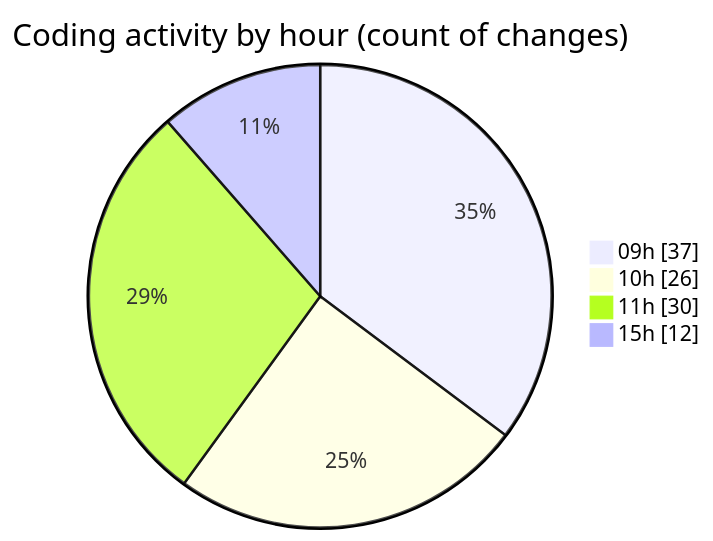
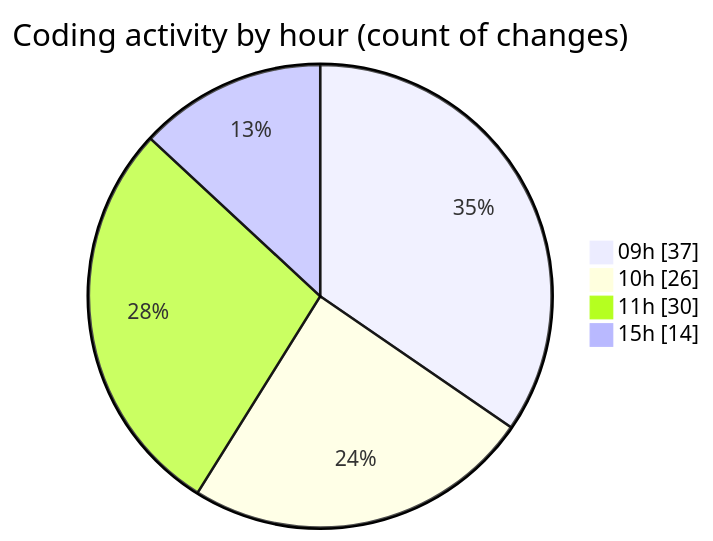
Before and after one commit to momahboobian/code-tracking: the second of 2 diagrams in 2025-11-14/cda/README.md, drawn with Mermaid. The commit also changed other lines of this file and 1 other file, not shown here.

````diff
--- a/2025-11-14/cda/README.md
+++ b/2025-11-14/cda/README.md
@@ -57,8 +57,8 @@
 ```mermaid
 pie showData
 title Coding activity by hour (count of changes)
 "09h" : 37
 "10h" : 26
 "11h" : 30
-"15h" : 12
+"15h" : 14
 ```
````
